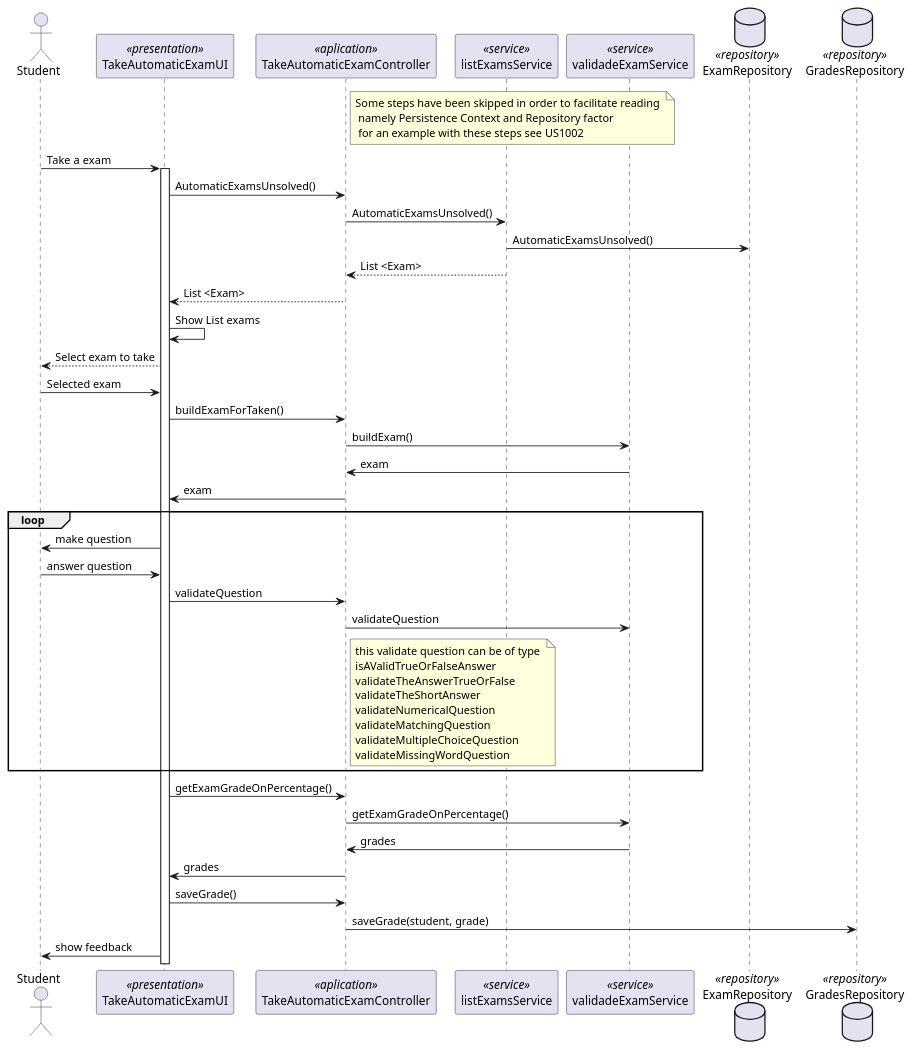
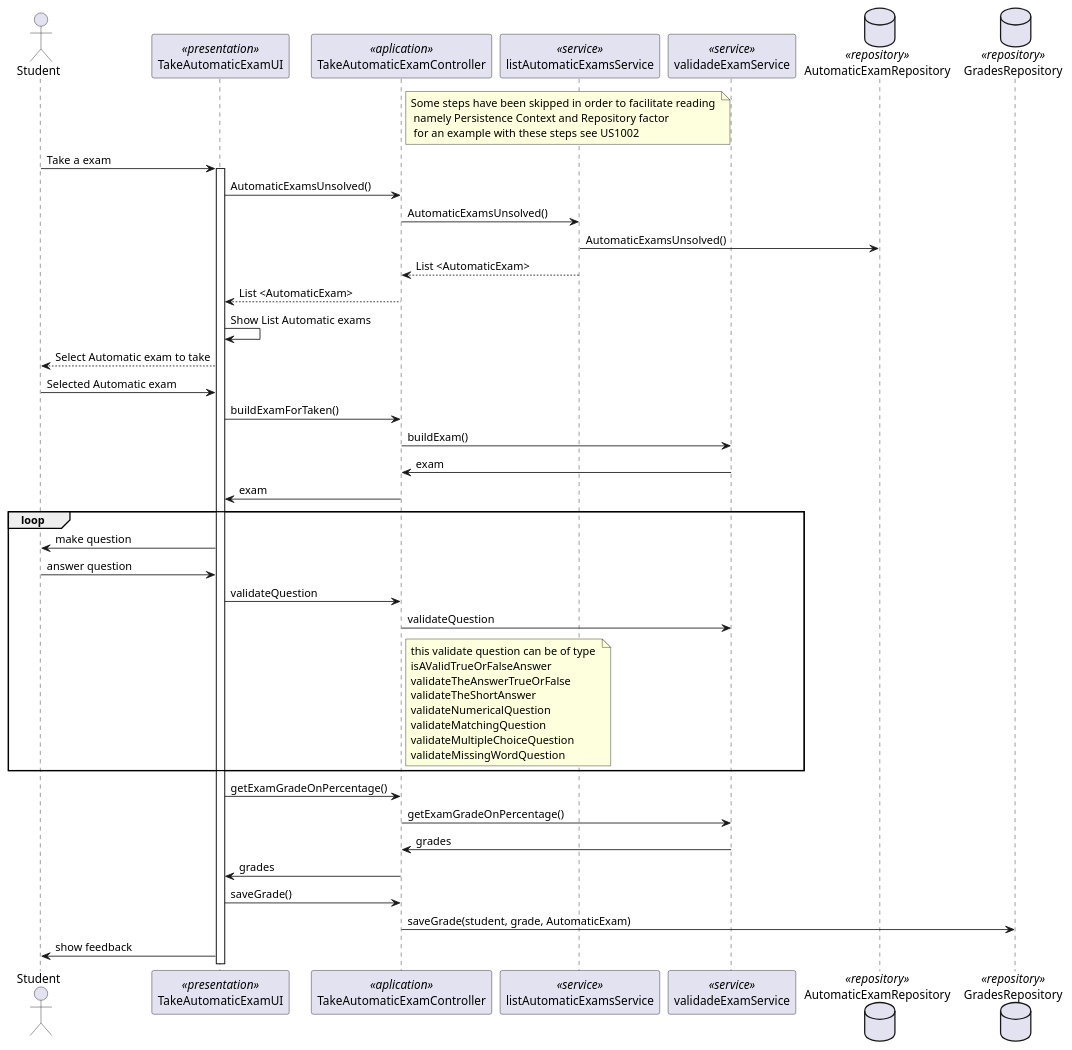
Before and after one commit to mascenso/isep-sem4-lapr4: the diagram in docs/SPRINT C/US2009 - Take a Automatic Exam/sd-2009.puml, drawn with PlantUML. The commit also changed 2 other files, not shown here.

Commit message:
[SPRINTC][US2009] The automatic exam is now a litle diferent, now have a repository only for this

```diff
--- a/docs/SPRINT C/US2009 - Take a Automatic Exam/sd-2009.puml
+++ b/docs/SPRINT C/US2009 - Take a Automatic Exam/sd-2009.puml
@@ -1,40 +1,40 @@
 @startuml
 actor Student as Actor
 participant TakeAutomaticExamUI as UI <<presentation>>
 participant TakeAutomaticExamController as Controller <<aplication>>
-participant listExamsService as Service1 <<service>>
+participant listAutomaticExamsService as Service1 <<service>>
 participant validadeExamService as Service3 <<service>>
-database ExamRepository as Repository1 <<repository>>
+database AutomaticExamRepository as Repository1 <<repository>>
 database GradesRepository as Repository3 <<repository>>
 
 note right of Controller:Some steps have been skipped in order to facilitate reading \n namely Persistence Context and Repository factor \n for an example with these steps see US1002
 Actor -> UI: Take a exam
 activate UI
     UI -> Controller: AutomaticExamsUnsolved()
     Controller -> Service1: AutomaticExamsUnsolved()
     Service1 -> Repository1: AutomaticExamsUnsolved()
-    Service1 --> Controller: List <Exam>
-    Controller --> UI: List <Exam>
-    UI -> UI : Show List exams
-    UI --> Actor: Select exam to take
-    Actor -> UI: Selected exam
+    Service1 --> Controller: List <AutomaticExam>
+    Controller --> UI: List <AutomaticExam>
+    UI -> UI : Show List Automatic exams
+    UI --> Actor: Select Automatic exam to take
+    Actor -> UI: Selected Automatic exam
 
     UI -> Controller: buildExamForTaken()
     Controller -> Service3: buildExam()
     Service3 -> Controller: exam
     Controller -> UI: exam
     loop
     UI -> Actor: make question
     Actor -> UI: answer question
     UI -> Controller: validateQuestion
     Controller -> Service3: validateQuestion
     note right of Controller : this validate question can be of type \nisAValidTrueOrFalseAnswer\nvalidateTheAnswerTrueOrFalse\nvalidateTheShortAnswer\nvalidateNumericalQuestion\nvalidateMatchingQuestion\nvalidateMultipleChoiceQuestion\nvalidateMissingWordQuestion
     end
     UI -> Controller: getExamGradeOnPercentage()
     Controller -> Service3:getExamGradeOnPercentage()
     Service3 -> Controller: grades
     Controller -> UI: grades
     UI -> Controller: saveGrade()
-    Controller -> Repository3: saveGrade(student, grade)
+    Controller -> Repository3: saveGrade(student, grade, AutomaticExam)
     UI -> Actor: show feedback
 @enduml
```
